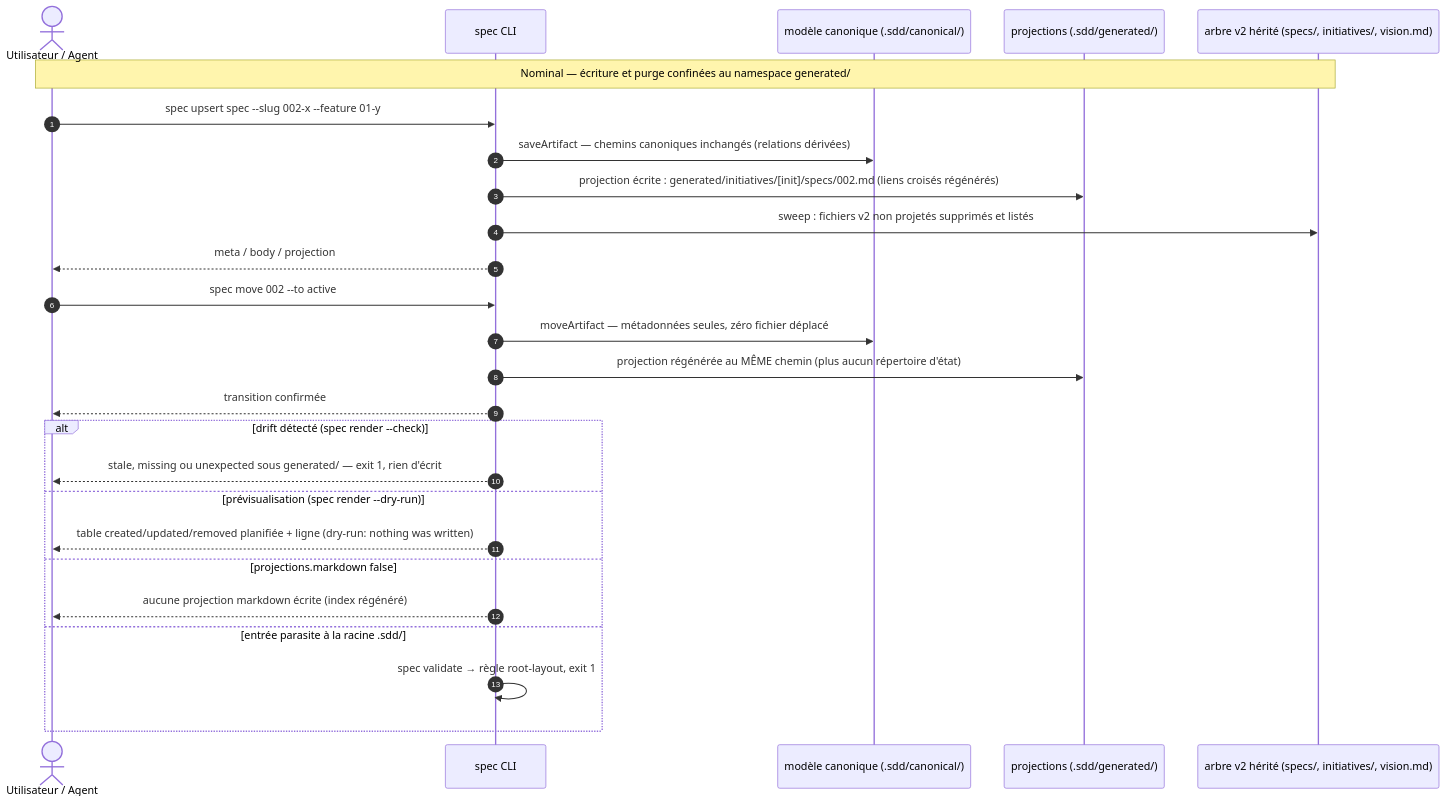
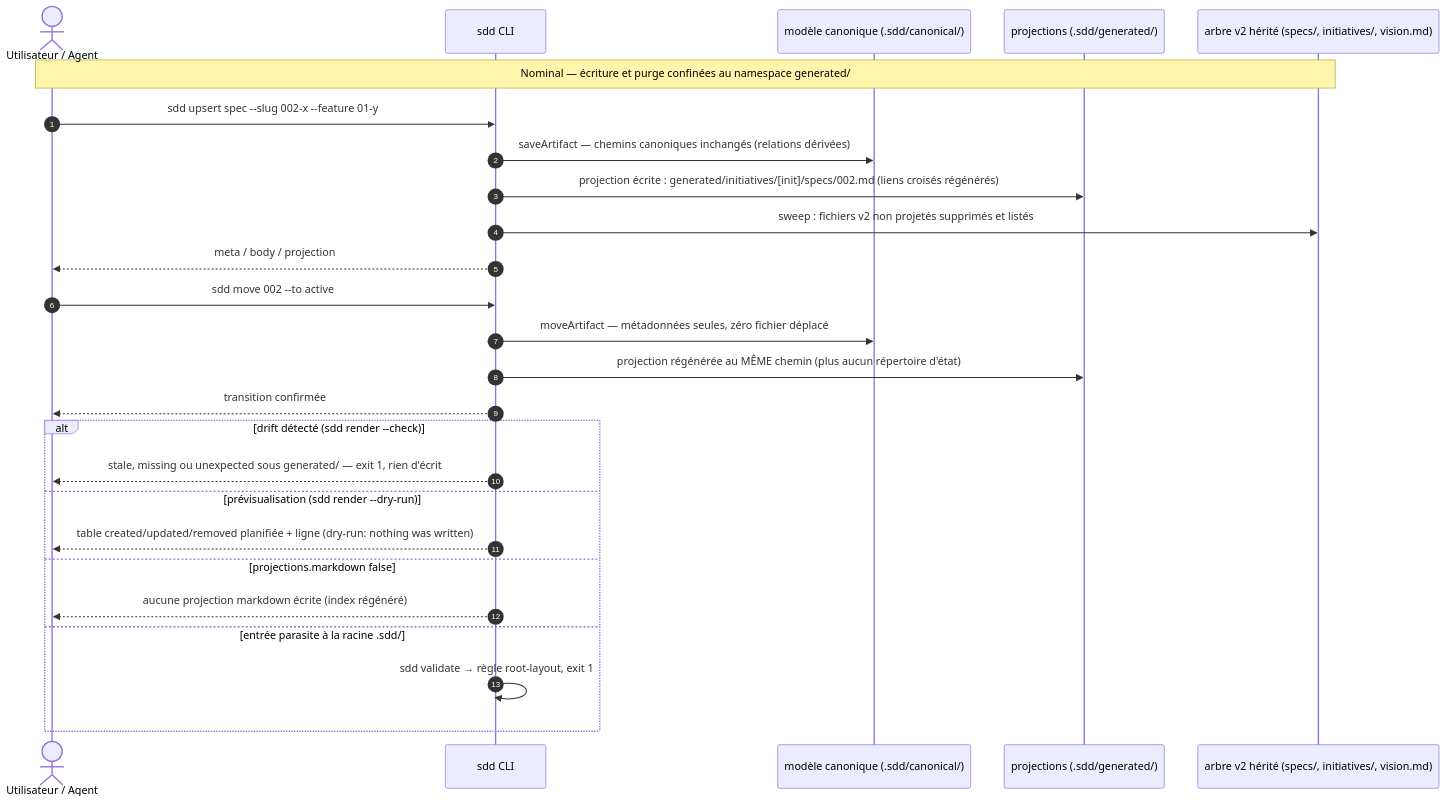
The diagram in .sdd/canonical/initiatives/layout-v3/features/02-generated-namespace/specs/002.md (ngdo-pro/sdd), drawn with Mermaid before and after one commit. The commit also changed other lines of this file and 103 other files, not shown here.

First line of the commit message:
feat!: CLI sdd, package agnostique, init déclaratif multi-connecteurs (spec 004)

````diff
--- a/.sdd/canonical/initiatives/layout-v3/features/02-generated-namespace/specs/002.md
+++ b/.sdd/canonical/initiatives/layout-v3/features/02-generated-namespace/specs/002.md
@@ -24,31 +24,31 @@
 ```mermaid
 sequenceDiagram
     autonumber
     actor U as Utilisateur / Agent
-    participant CLI as spec CLI
+    participant CLI as sdd CLI
     participant M as modèle canonique (.sdd/canonical/)
     participant G as projections (.sdd/generated/)
     participant V as arbre v2 hérité (specs/, initiatives/, vision.md)
 
     Note over U,V: Nominal — écriture et purge confinées au namespace generated/
-    U->>CLI: spec upsert spec --slug 002-x --feature 01-y
+    U->>CLI: sdd upsert spec --slug 002-x --feature 01-y
     CLI->>M: saveArtifact — chemins canoniques inchangés (relations dérivées)
     CLI->>G: projection écrite : generated/initiatives/[init]/specs/002.md (liens croisés régénérés)
     CLI->>V: sweep : fichiers v2 non projetés supprimés et listés
     CLI-->>U: meta / body / projection
 
-    U->>CLI: spec move 002 --to active
+    U->>CLI: sdd move 002 --to active
     CLI->>M: moveArtifact — métadonnées seules, zéro fichier déplacé
     CLI->>G: projection régénérée au MÊME chemin (plus aucun répertoire d'état)
     CLI-->>U: transition confirmée
 
-    alt drift détecté (spec render --check)
+    alt drift détecté (sdd render --check)
         CLI-->>U: stale, missing ou unexpected sous generated/ — exit 1, rien d'écrit
-    else prévisualisation (spec render --dry-run)
+    else prévisualisation (sdd render --dry-run)
         CLI-->>U: table created/updated/removed planifiée + ligne (dry-run: nothing was written)
     else projections.markdown false
         CLI-->>U: aucune projection markdown écrite (index régénéré)
     else entrée parasite à la racine .sdd/
-        CLI->>CLI: spec validate → règle root-layout, exit 1
+        CLI->>CLI: sdd validate → règle root-layout, exit 1
     end
 ```
````
